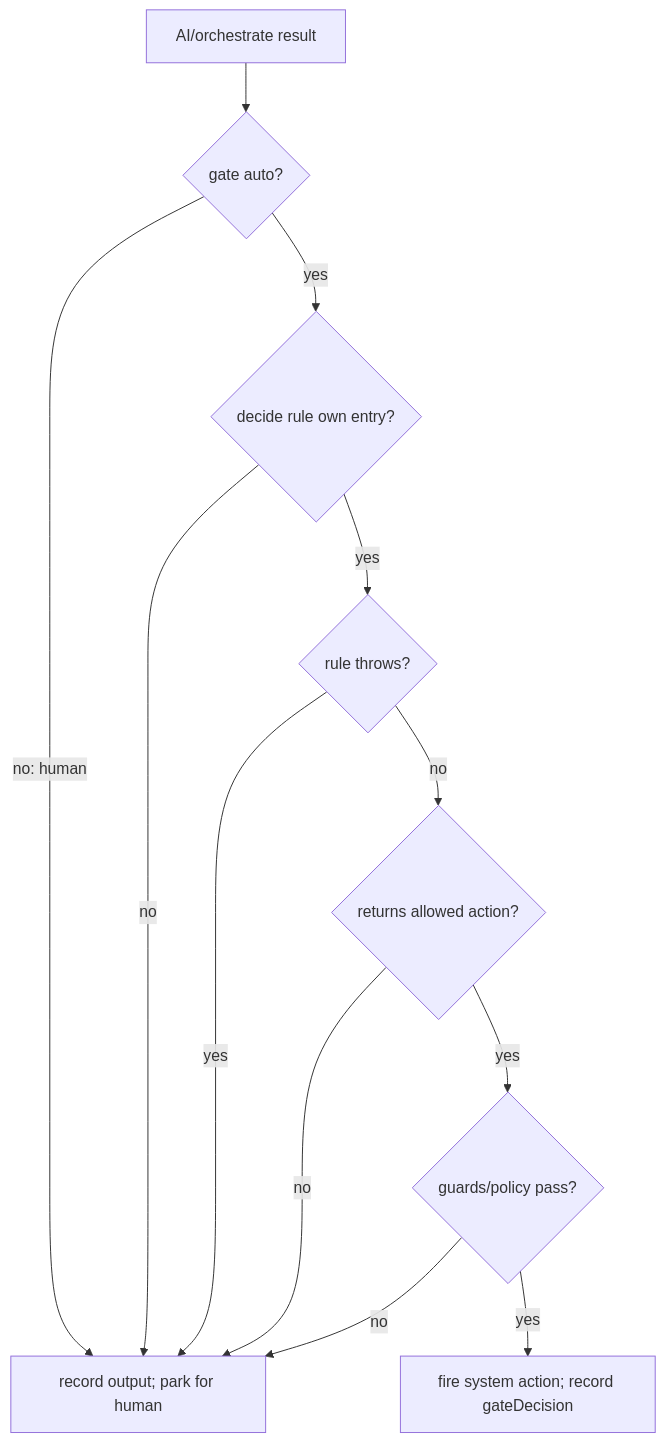
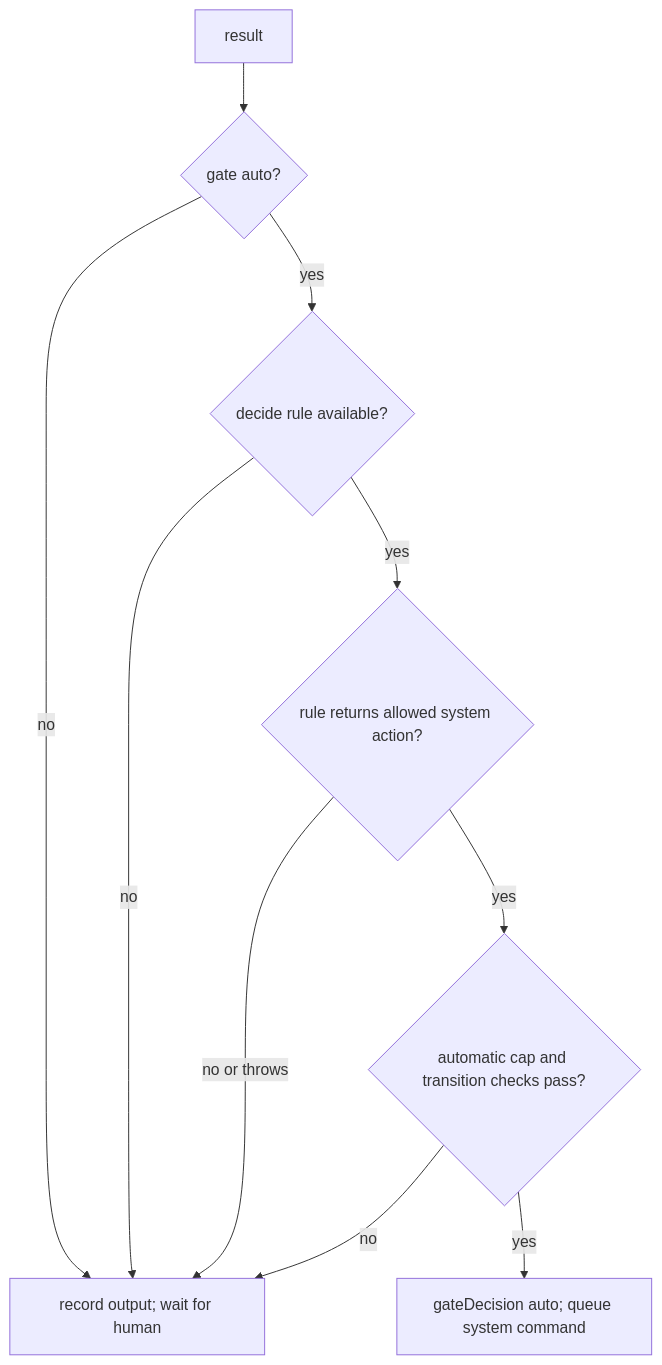
One commit to teopeurt/flowkit changed the sixth of 10 diagrams in docs/definitions-deep-dive.md. Above: the diagram before and after it, drawn with Mermaid. The commit also changed other lines of this file and 1 other file, not shown here.

````diff
--- a/docs/definitions-deep-dive.md
+++ b/docs/definitions-deep-dive.md
@@ -166,14 +163,12 @@
 ```mermaid
 flowchart TD
-  S[AI/orchestrate result] --> D{gate auto?}
-  D -- no: human --> H[record output; park for human]
-  D -- yes --> R{decide rule own entry?}
-  R -- no --> H
-  R -- yes --> X{rule throws?}
-  X -- yes --> H
-  X -- no --> Q{returns allowed action?}
-  Q -- no --> H
-  Q -- yes --> V{guards/policy pass?}
-  V -- no --> H
-  V -- yes --> F[fire system action; record gateDecision]
+ S[result] --> G{gate auto?}
+ G -- no --> H[record output; wait for human]
+ G -- yes --> R{decide rule available?}
+ R -- no --> H
+ R -- yes --> X{rule returns allowed system action?}
+ X -- no or throws --> H
+ X -- yes --> Q{automatic cap and transition checks pass?}
+ Q -- no --> H
+ Q -- yes --> A[gateDecision auto; queue system command]
 ```
````
